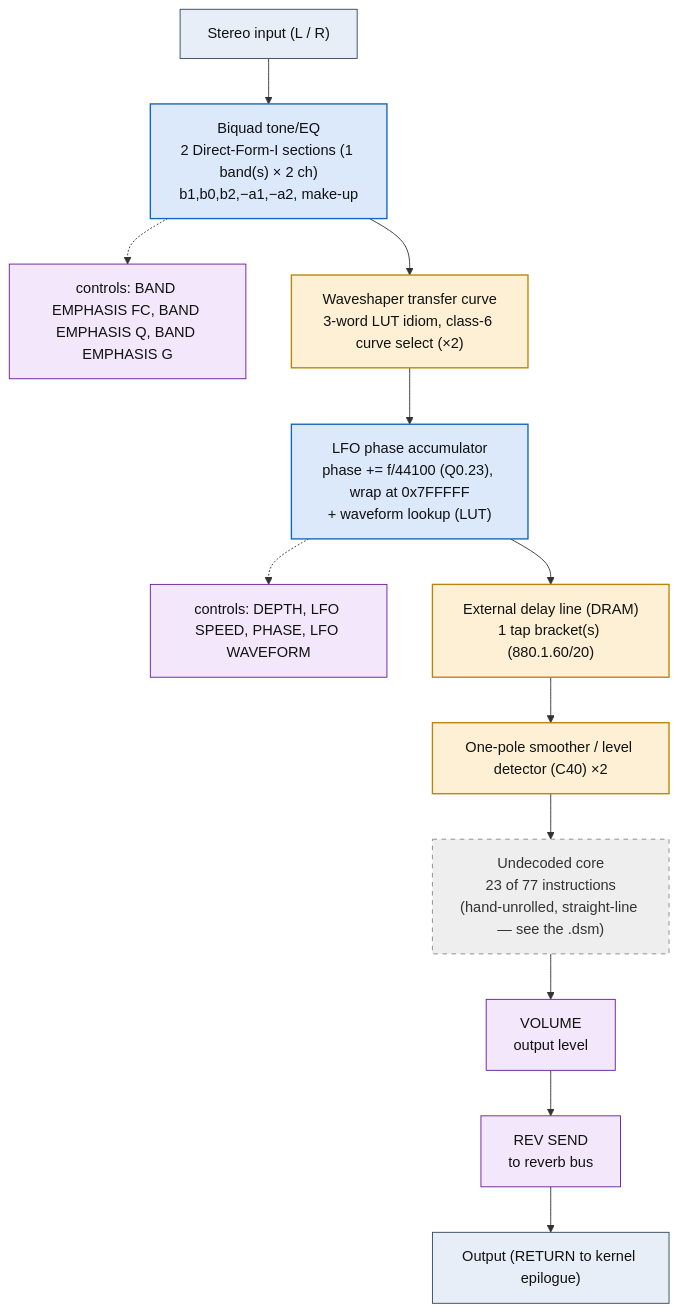
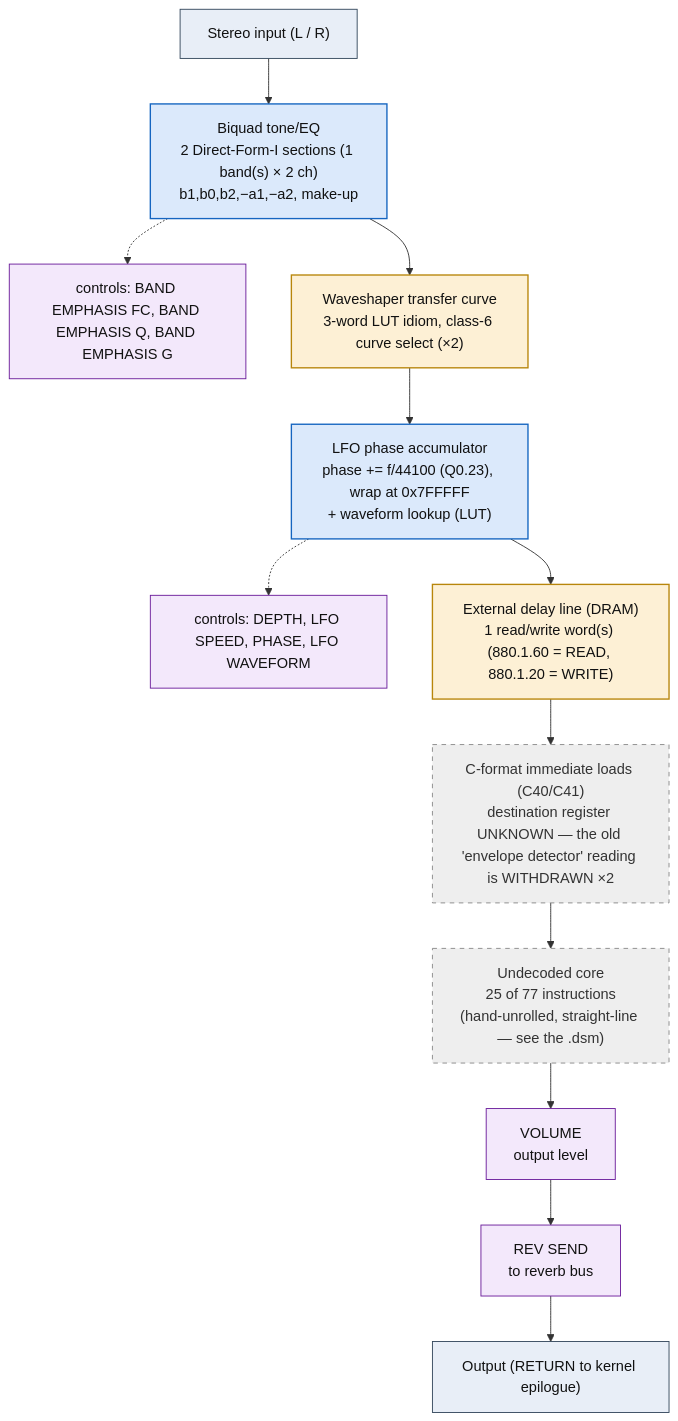
One commit to ArqueologiaDigital/kn5000-roms-disasm changed the diagram in dsp/flowcharts/prog74_peq_vibrato.md. Above: the diagram before and after it, drawn with Mermaid. The commit also changed other lines of this file and 86 other files, not shown here.

````diff
--- a/dsp/flowcharts/prog74_peq_vibrato.md
+++ b/dsp/flowcharts/prog74_peq_vibrato.md
@@ -12,38 +12,38 @@
 ```mermaid
 flowchart TD
     N0["Stereo input (L / R)"]
     N1["Biquad tone/EQ<br/>2 Direct-Form-I sections (1 band(s) &times; 2 ch)<br/>b1,b0,b2,&minus;a1,&minus;a2, make-up"]
     N0 --> N1
     N2["controls: BAND EMPHASIS FC, BAND EMPHASIS Q, BAND EMPHASIS G"]
     N1 -.-> N2
     N3["Waveshaper transfer curve<br/>3-word LUT idiom, class-6 curve select (&times;2)"]
     N1 --> N3
     N4["LFO phase accumulator<br/>phase += f/44100 (Q0.23), wrap at 0x7FFFFF<br/>+ waveform lookup (LUT)"]
     N3 --> N4
     N5["controls: DEPTH, LFO SPEED, PHASE, LFO WAVEFORM"]
     N4 -.-> N5
-    N6["External delay line (DRAM)<br/>1 tap bracket(s) (880.1.60/20)"]
+    N6["External delay line (DRAM)<br/>1 read/write word(s) (880.1.60 = READ, 880.1.20 = WRITE)"]
     N4 --> N6
-    N7["One-pole smoother / level detector (C40) &times;2"]
+    N7["C-format immediate loads (C40/C41)<br/>destination register UNKNOWN &mdash; the old 'envelope detector' reading is WITHDRAWN &times;2"]
     N6 --> N7
-    N8["Undecoded core<br/>23 of 77 instructions<br/>(hand-unrolled, straight-line &mdash; see the .dsm)"]
+    N8["Undecoded core<br/>25 of 77 instructions<br/>(hand-unrolled, straight-line &mdash; see the .dsm)"]
     N7 --> N8
     N9["VOLUME<br/>output level"]
     N8 --> N9
     N10["REV SEND<br/>to reverb bus"]
     N9 --> N10
     N11["Output (RETURN to kernel epilogue)"]
     N10 --> N11
 
     classDef io fill:#e8eef7,stroke:#33475b,stroke-width:1px,color:#111;
     classDef proven fill:#d7f0d7,stroke:#2e7d32,stroke-width:2px,color:#111;
     classDef measured fill:#dbe9fb,stroke:#1565c0,stroke-width:1.5px,color:#111;
     classDef inferred fill:#fdf0d5,stroke:#b8860b,stroke-width:1.5px,color:#111;
     classDef open fill:#eeeeee,stroke:#888,stroke-width:1px,color:#333,stroke-dasharray:5 5;
     classDef ctrl fill:#f3e8fb,stroke:#6a1b9a,stroke-width:1px,color:#111;
     class N0,N11 io;
     class N1,N4 measured;
     class N2,N5,N9,N10 ctrl;
-    class N3,N6,N7 inferred;
-    class N8 open;
+    class N3,N6 inferred;
+    class N7,N8 open;
 ```
````
